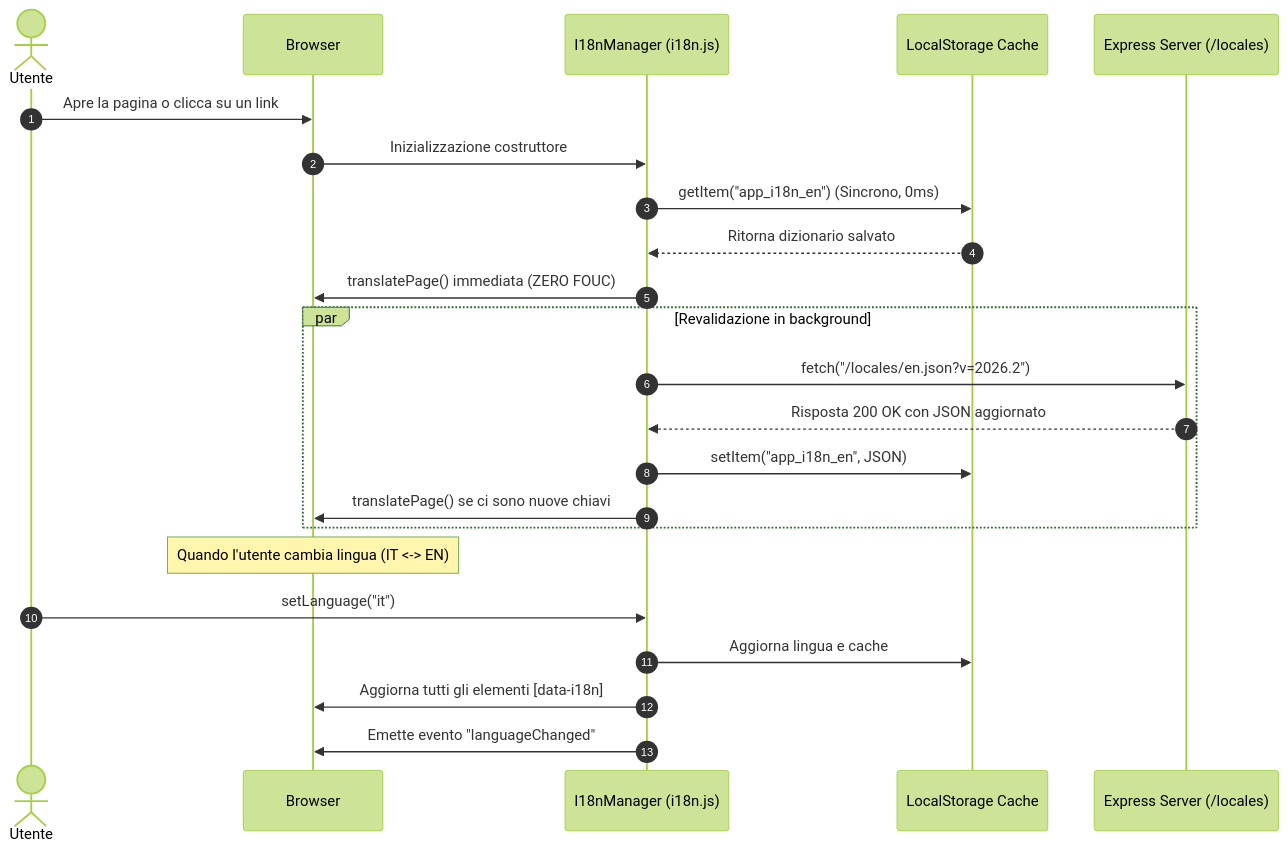
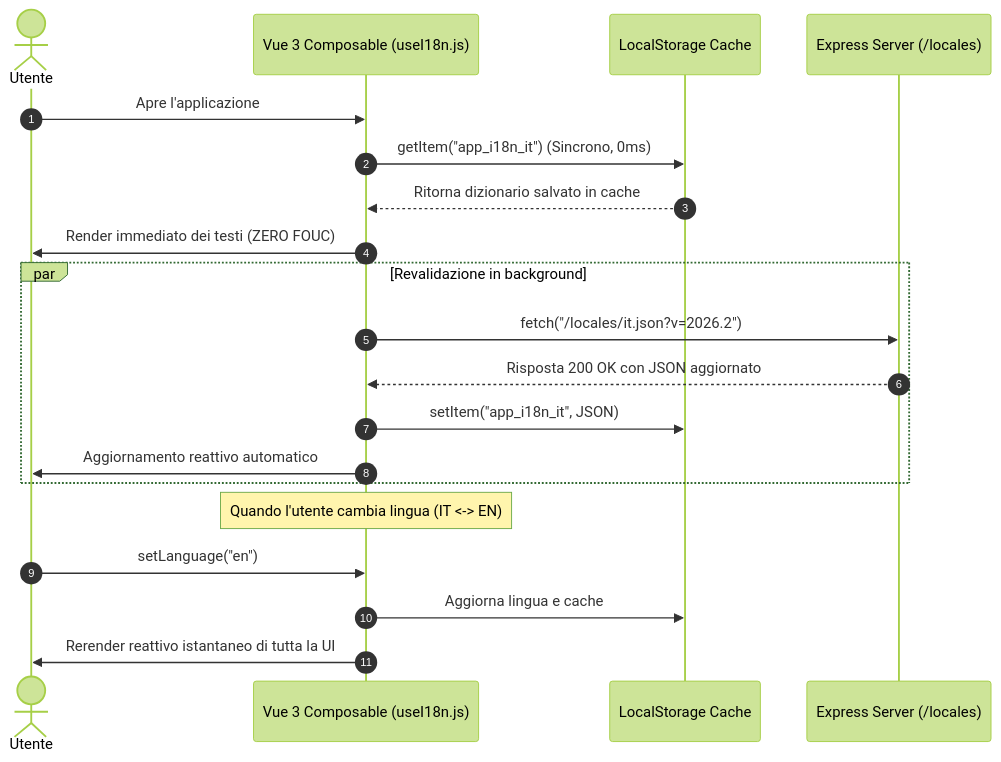
One commit to danielearrighi/pulse-hiit-3d changed the second of 2 diagrams in docs/SPA_ROUTING_AND_I18N_ARCHITECTURE.md. Above: the diagram before and after it, drawn with Mermaid (forest theme). The commit also changed other lines of this file and 72 other files, not shown here.

````diff
--- a/docs/SPA_ROUTING_AND_I18N_ARCHITECTURE.md
+++ b/docs/SPA_ROUTING_AND_I18N_ARCHITECTURE.md
@@ -73,28 +93,25 @@
 ```mermaid
 sequenceDiagram
     autonumber
     actor Utente
-    participant Browser
-    participant I18nManager as I18nManager (i18n.js)
+    participant VueApp as Vue 3 Composable (useI18n.js)
     participant LocalStorage as LocalStorage Cache
     participant Server as Express Server (/locales)
 
-    Utente->>Browser: Apre la pagina o clicca su un link
-    Browser->>I18nManager: Inizializzazione costruttore
-    I18nManager->>LocalStorage: getItem("app_i18n_en") (Sincrono, 0ms)
-    LocalStorage-->>I18nManager: Ritorna dizionario salvato
-    I18nManager->>Browser: translatePage() immediata (ZERO FOUC)
+    Utente->>VueApp: Apre l'applicazione
+    VueApp->>LocalStorage: getItem("app_i18n_it") (Sincrono, 0ms)
+    LocalStorage-->>VueApp: Ritorna dizionario salvato in cache
+    VueApp->>Utente: Render immediato dei testi (ZERO FOUC)
     
     par Revalidazione in background
-        I18nManager->>Server: fetch("/locales/en.json?v=2026.2")
-        Server-->>I18nManager: Risposta 200 OK con JSON aggiornato
-        I18nManager->>LocalStorage: setItem("app_i18n_en", JSON)
-        I18nManager->>Browser: translatePage() se ci sono nuove chiavi
+        VueApp->>Server: fetch("/locales/it.json?v=2026.2")
+        Server-->>VueApp: Risposta 200 OK con JSON aggiornato
+        VueApp->>LocalStorage: setItem("app_i18n_it", JSON)
+        VueApp->>Utente: Aggiornamento reattivo automatico
     end
     
-    Note over Browser: Quando l'utente cambia lingua (IT <-> EN)
-    Utente->>I18nManager: setLanguage("it")
-    I18nManager->>LocalStorage: Aggiorna lingua e cache
-    I18nManager->>Browser: Aggiorna tutti gli elementi [data-i18n]
-    I18nManager->>Browser: Emette evento "languageChanged"
+    Note over VueApp: Quando l'utente cambia lingua (IT <-> EN)
+    Utente->>VueApp: setLanguage("en")
+    VueApp->>LocalStorage: Aggiorna lingua e cache
+    VueApp->>Utente: Rerender reattivo istantaneo di tutta la UI
 ```
````
